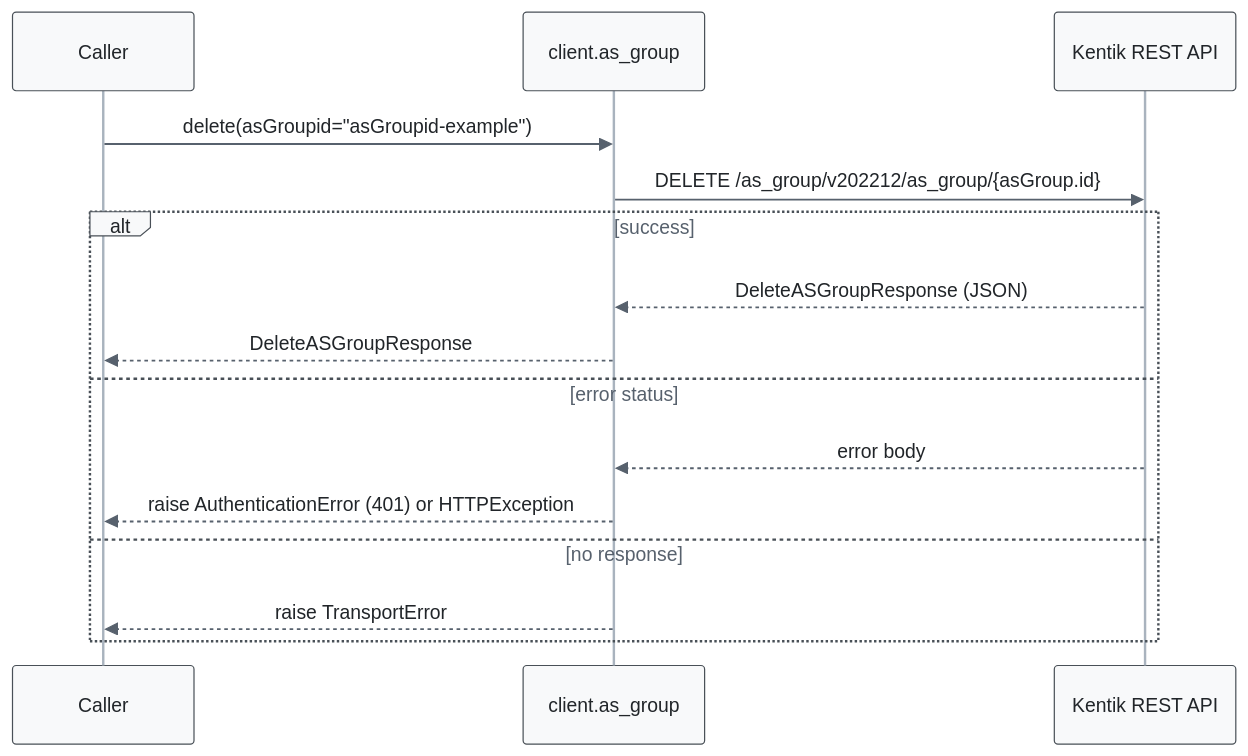
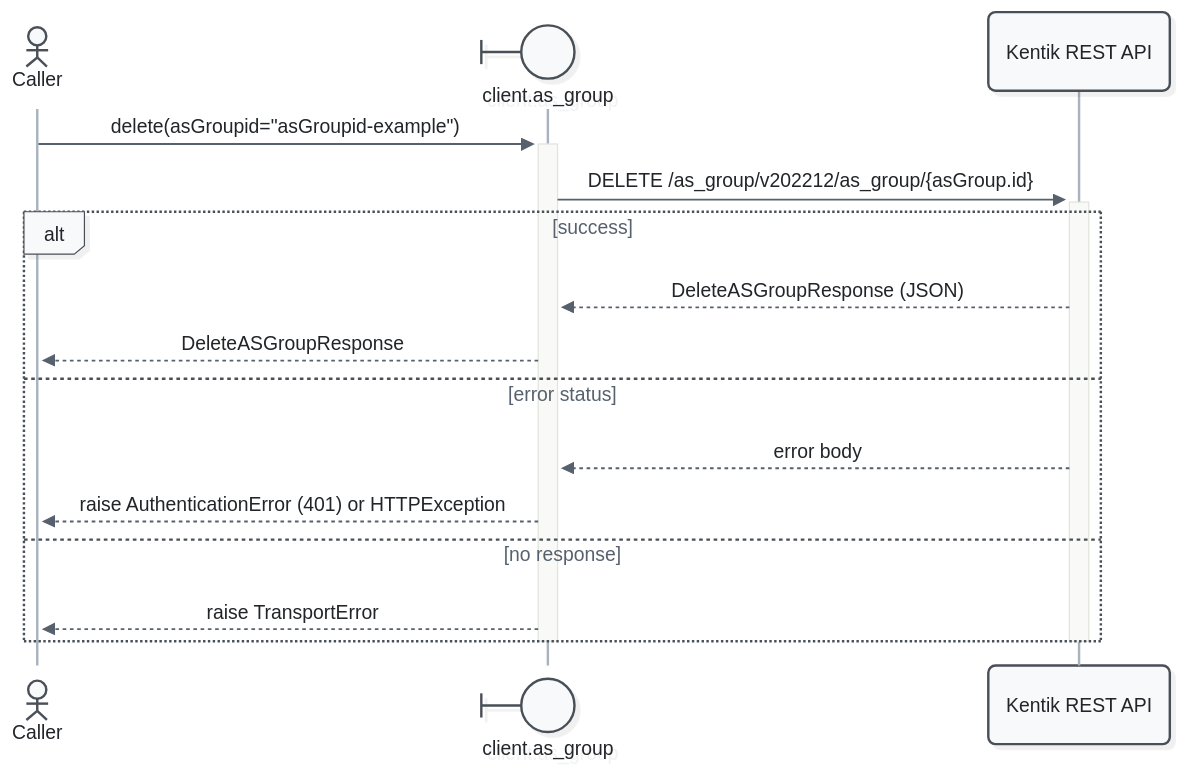
The ninth of 11 diagrams in docs/sphinx/services/as_group.md (alexdearaujo/community_sdk_python), drawn with Mermaid before and after one commit. The commit also changed other lines of this file and 52 other files, not shown here.

First line of the commit message:
docs: Mermaid 12 sequence diagrams with participant types and path colors

````diff
--- a/docs/sphinx/services/as_group.md
+++ b/docs/sphinx/services/as_group.md
@@ -341,19 +361,21 @@
 ```mermaid
-%%{init: {"theme": "base", "fontFamily": "ui-monospace, SFMono-Regular, Menlo, monospace", "themeVariables": {"fontFamily": "ui-monospace, SFMono-Regular, Menlo, monospace", "primaryColor": "#f8f9fa", "primaryBorderColor": "#495057", "primaryTextColor": "#212529", "textColor": "#212529", "lineColor": "#77818c", "edgeLabelBackground": "#ffffff", "actorBkg": "#f8f9fa", "actorBorder": "#495057", "actorTextColor": "#212529", "actorLineColor": "#a9b3be", "signalColor": "#57616d", "signalTextColor": "#212529", "labelBoxBkgColor": "#f8f9fa", "labelBoxBorderColor": "#495057", "labelTextColor": "#212529", "loopTextColor": "#57616d", "noteBkgColor": "#fff9db", "noteBorderColor": "#f08c00", "noteTextColor": "#a35a00"}, "flowchart": {"curve": "step", "nodeSpacing": 30, "rankSpacing": 70, "wrappingWidth": 400}}}%%
+%%{init: {"theme": "redux", "look": "neo", "layout": "dagre", "fontFamily": "ui-monospace, SFMono-Regular, Menlo, monospace", "themeVariables": {"fontFamily": "ui-monospace, SFMono-Regular, Menlo, monospace", "primaryColor": "#f8f9fa", "primaryBorderColor": "#495057", "primaryTextColor": "#212529", "textColor": "#212529", "lineColor": "#77818c", "edgeLabelBackground": "#ffffff", "actorBkg": "#f8f9fa", "actorBorder": "#495057", "actorTextColor": "#212529", "actorLineColor": "#a9b3be", "signalColor": "#57616d", "signalTextColor": "#212529", "labelBoxBkgColor": "#f8f9fa", "labelBoxBorderColor": "#495057", "labelTextColor": "#212529", "loopTextColor": "#57616d", "noteBkgColor": "#fff9db", "noteBorderColor": "#f08c00", "noteTextColor": "#a35a00"}, "sequence": {"activationWidth": 16}, "flowchart": {"curve": "step", "nodeSpacing": 30, "rankSpacing": 70, "wrappingWidth": 400}}}%%
 sequenceDiagram
-    participant C as Caller
-    participant W as client.as_group
+    actor C as Caller
+    participant W@{ "type": "boundary" } as client.as_group
     participant API as Kentik REST API
 
-    C->>W: delete(asGroupid="asGroupid-example")
-    W->>API: DELETE /as_group/v202212/as_group/{asGroup.id}
+    C->>+W: delete(asGroupid="asGroupid-example")
+    W->>+API: DELETE /as_group/v202212/as_group/{asGroup.id}
     alt success
         API-->>W: DeleteASGroupResponse (JSON)
         W-->>C: DeleteASGroupResponse
     else error status
         API-->>W: error body
         W-->>C: raise AuthenticationError (401) or HTTPException
     else no response
         W-->>C: raise TransportError
     end
+    deactivate API
+    deactivate W
 ```
````
